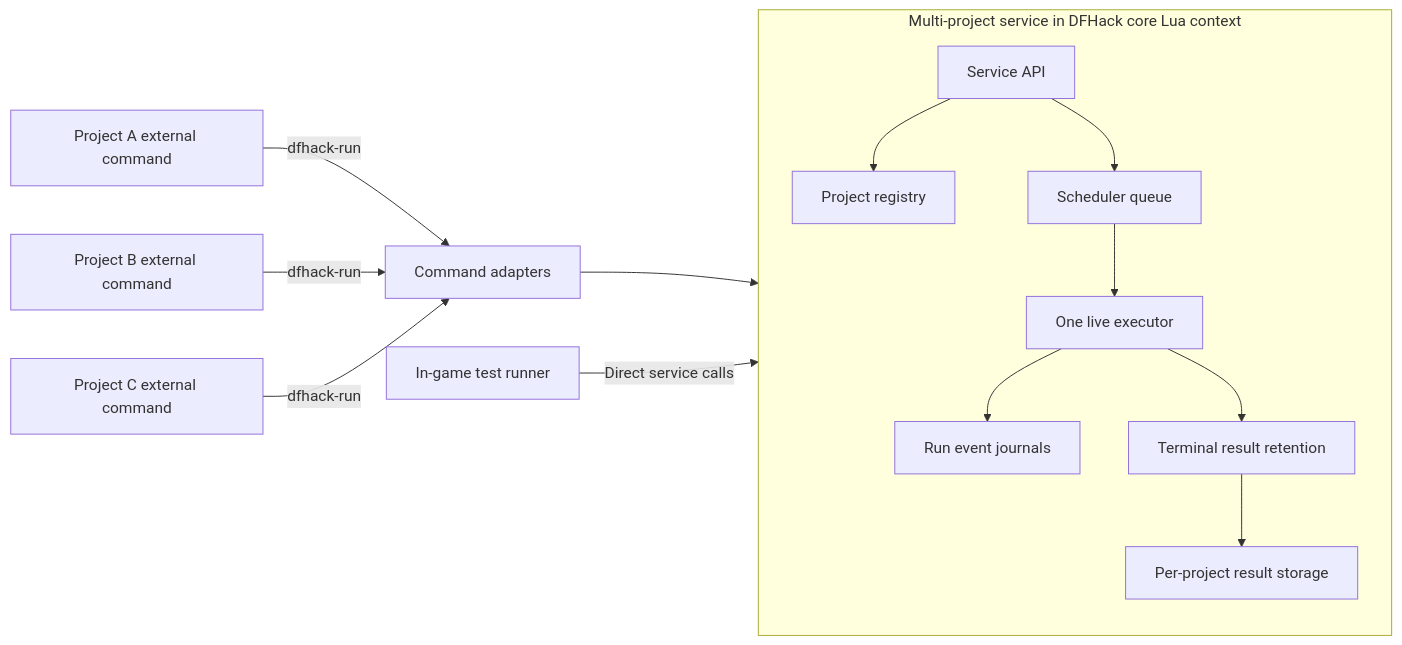
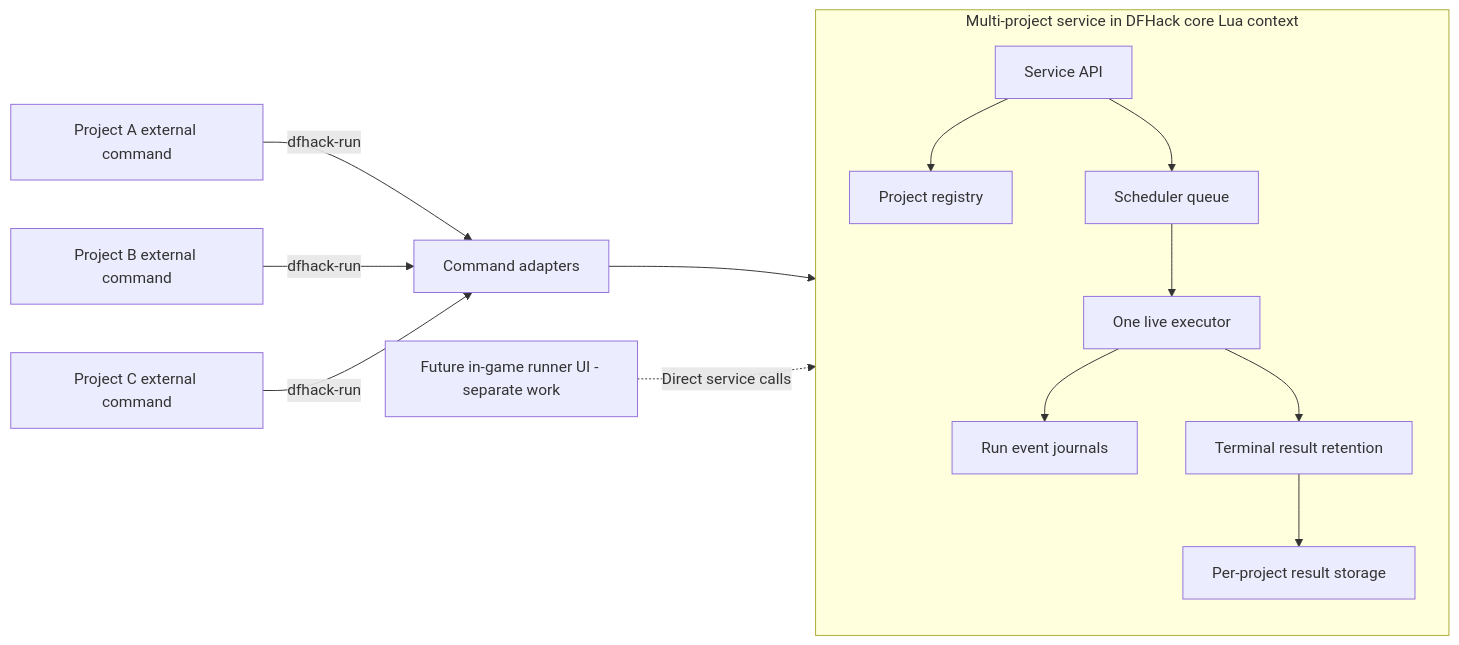
Before and after one commit to dsisco11/DwarfSpec: the first of 2 diagrams in docs/test-runner-service-design.md, drawn with Mermaid. The commit also changed other lines of this file and 1 other file, not shown here.

Commit message:
docs: amend design document for test runner service

````diff
--- a/docs/test-runner-service-design.md
+++ b/docs/test-runner-service-design.md
@@ -131,18 +134,18 @@
 ```mermaid
 flowchart LR
     project_a[Project A external command] -->|dfhack-run| adapters[Command adapters]
     project_b[Project B external command] -->|dfhack-run| adapters
     project_c[Project C external command] -->|dfhack-run| adapters
     adapters --> service_api
-    game_ui[In-game test runner] -->|Direct service calls| service_api
+    future_ui[Future in-game runner UI - separate work] -. Direct service calls .-> service_api
 
     subgraph service[Multi-project service in DFHack core Lua context]
         direction TB
         service_api[Service API] --> registry[Project registry]
         service_api --> scheduler[Scheduler queue]
         scheduler --> executor[One live executor]
         executor --> journals[Run event journals]
         executor --> terminal[Terminal result retention]
         terminal --> storage[Per-project result storage]
     end
 ```
````
